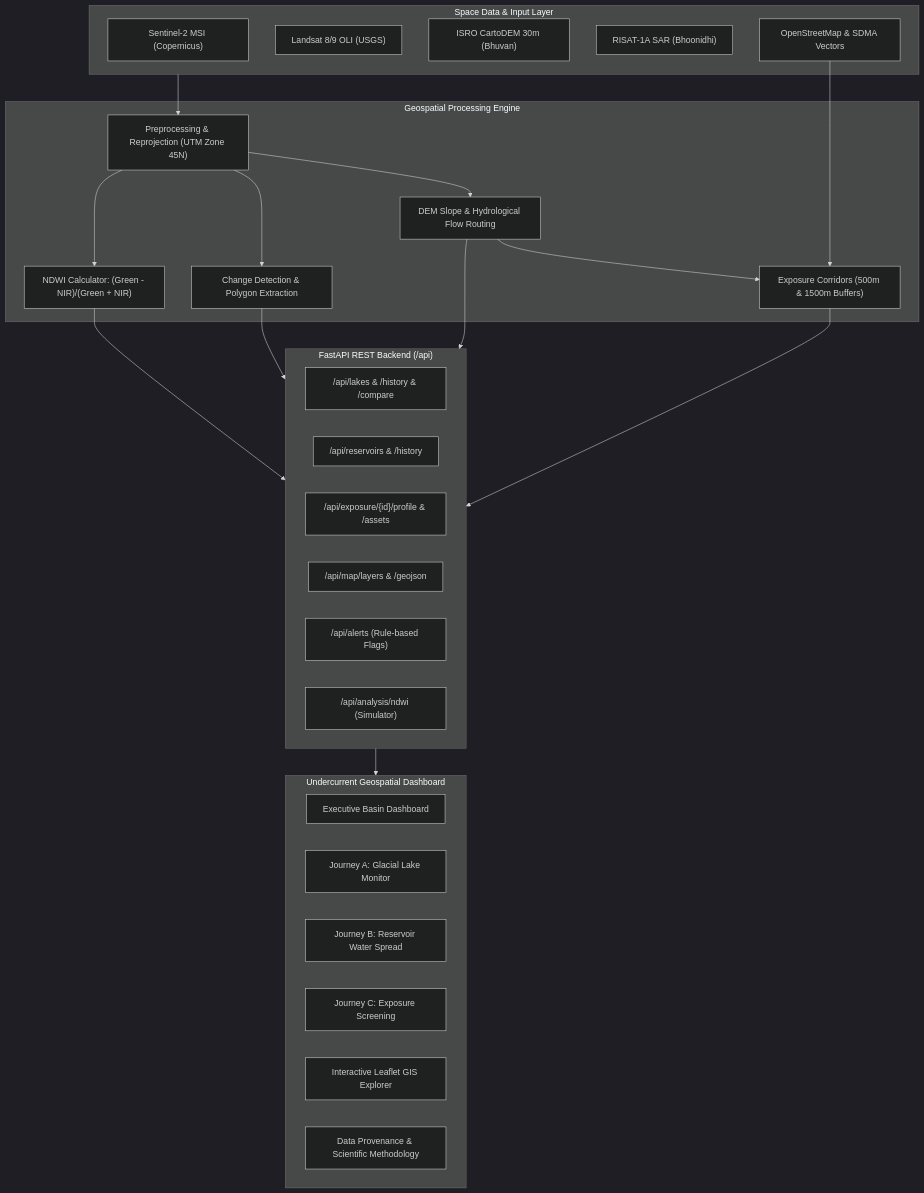
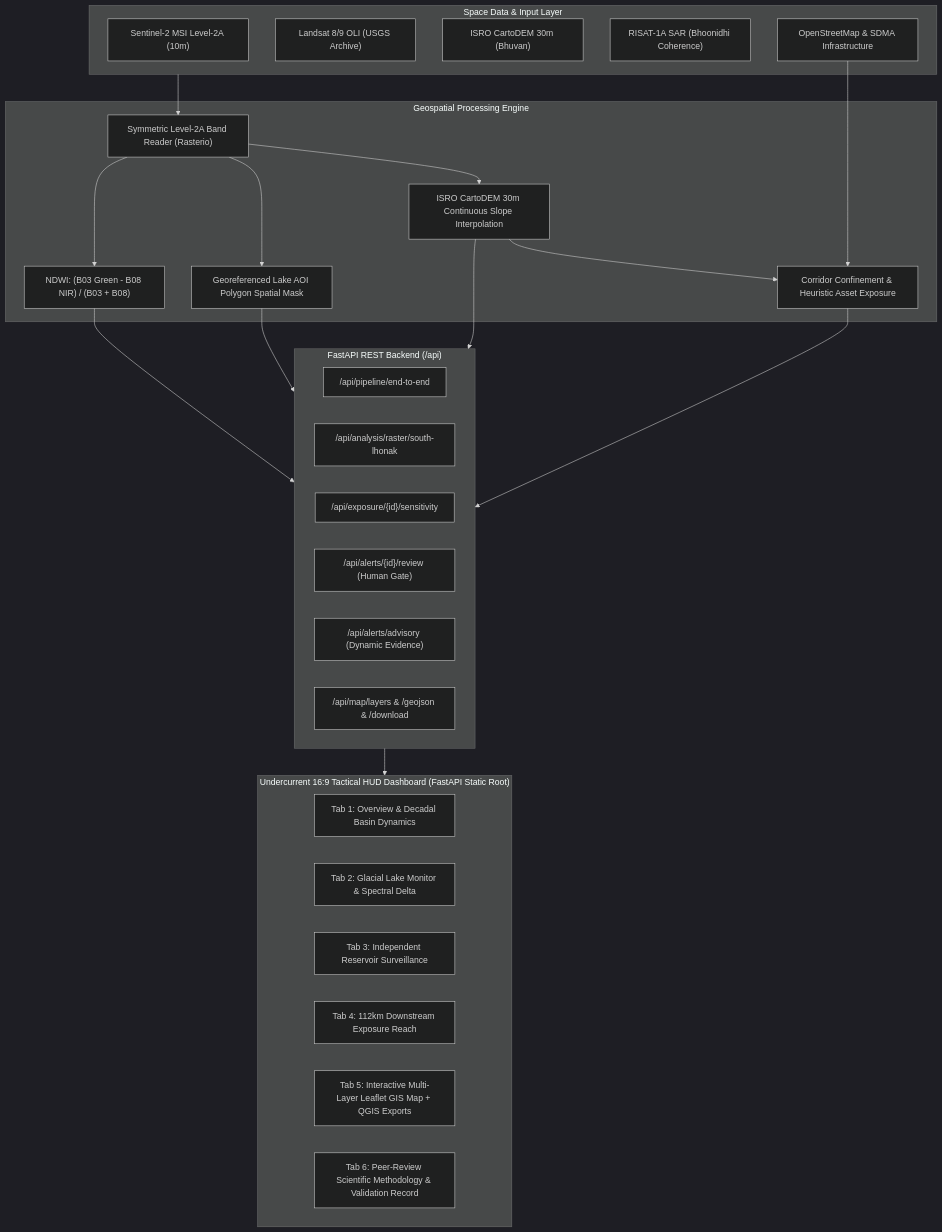
Before and after one commit to notmekrish-boop/Undercurrent: the diagram in README.md, drawn with Mermaid (dark theme). The commit also changed other lines of this file and 10 other files, not shown here.

Commit message:
Execute Page 6 action plan: symmetric raster path, georeferenced AOI masking, raster fixture tests, review persistence, and calculated sensitivity

````diff
--- a/README.md
+++ b/README.md
@@ -45,42 +48,42 @@
 ```mermaid
 flowchart TD
     subgraph DataSources["Space Data & Input Layer"]
-        S2["Sentinel-2 MSI (Copernicus)"]
-        L8["Landsat 8/9 OLI (USGS)"]
+        S2["Sentinel-2 MSI Level-2A (10m)"]
+        L8["Landsat 8/9 OLI (USGS Archive)"]
         CDEM["ISRO CartoDEM 30m (Bhuvan)"]
-        SAR["RISAT-1A SAR (Bhoonidhi)"]
-        OSM["OpenStreetMap & SDMA Vectors"]
+        SAR["RISAT-1A SAR (Bhoonidhi Coherence)"]
+        OSM["OpenStreetMap & SDMA Infrastructure"]
     end
 
     subgraph Processing["Geospatial Processing Engine"]
-        PP["Preprocessing & Reprojection (UTM Zone 45N)"]
-        NDWI["NDWI Calculator: (Green - NIR)/(Green + NIR)"]
-        CHG["Change Detection & Polygon Extraction"]
-        DEM["DEM Slope & Hydrological Flow Routing"]
-        EXP["Exposure Corridors (500m & 1500m Buffers)"]
+        PP["Symmetric Level-2A Band Reader (Rasterio)"]
+        NDWI["NDWI: (B03 Green - B08 NIR) / (B03 + B08)"]
+        AOI["Georeferenced Lake AOI Polygon Spatial Mask"]
+        DEM["ISRO CartoDEM 30m Continuous Slope Interpolation"]
+        EXP["Corridor Confinement & Heuristic Asset Exposure"]
     end
 
     subgraph Backend["FastAPI REST Backend (/api)"]
-        API_Lakes["/api/lakes & /history & /compare"]
-        API_Res["/api/reservoirs & /history"]
-        API_Exp["/api/exposure/{id}/profile & /assets"]
-        API_Maps["/api/map/layers & /geojson"]
-        API_Alerts["/api/alerts (Rule-based Flags)"]
-        API_NDWI["/api/analysis/ndwi (Simulator)"]
+        API_Pipe["/api/pipeline/end-to-end"]
+        API_Raster["/api/analysis/raster/south-lhonak"]
+        API_Sens["/api/exposure/{id}/sensitivity"]
+        API_Review["/api/alerts/{id}/review (Human Gate)"]
+        API_Adv["/api/alerts/advisory (Dynamic Evidence)"]
+        API_Maps["/api/map/layers & /geojson & /download"]
     end
 
-    subgraph Frontend["Undercurrent Geospatial Dashboard"]
-        UI_Dash["Executive Basin Dashboard"]
-        UI_Lake["Journey A: Glacial Lake Monitor"]
-        UI_Res["Journey B: Reservoir Water Spread"]
-        UI_Exp["Journey C: Exposure Screening"]
-        UI_Map["Interactive Leaflet GIS Explorer"]
-        UI_Sci["Data Provenance & Scientific Methodology"]
+    subgraph Frontend["Undercurrent 16:9 Tactical HUD Dashboard (FastAPI Static Root)"]
+        UI_Dash["Tab 1: Overview & Decadal Basin Dynamics"]
+        UI_Lake["Tab 2: Glacial Lake Monitor & Spectral Delta"]
+        UI_Res["Tab 3: Independent Reservoir Surveillance"]
+        UI_Exp["Tab 4: 112km Downstream Exposure Reach"]
+        UI_Map["Tab 5: Interactive Multi-Layer Leaflet GIS Map + QGIS Exports"]
+        UI_Sci["Tab 6: Peer-Review Scientific Methodology & Validation Record"]
     end
 
     DataSources --> PP
-    PP --> NDWI & CHG & DEM
+    PP --> NDWI & AOI & DEM
     DEM & OSM --> EXP
-    NDWI & CHG & DEM & EXP --> Backend
+    NDWI & AOI & DEM & EXP --> Backend
     Backend --> Frontend
 ```
````
